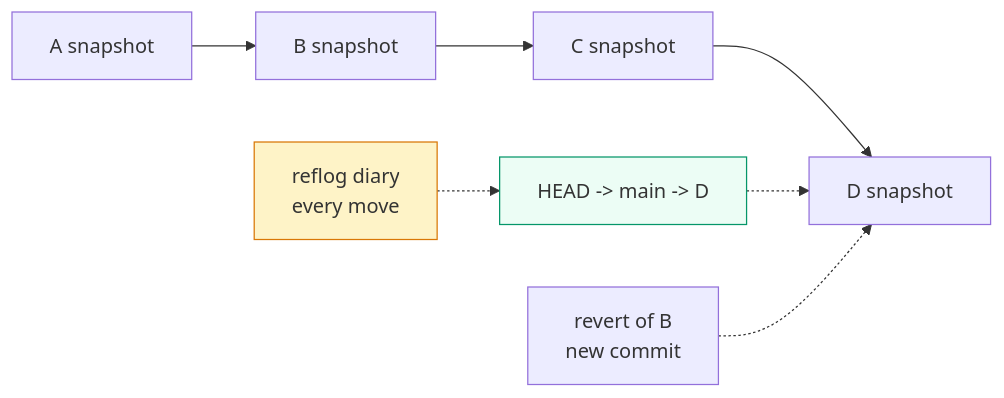
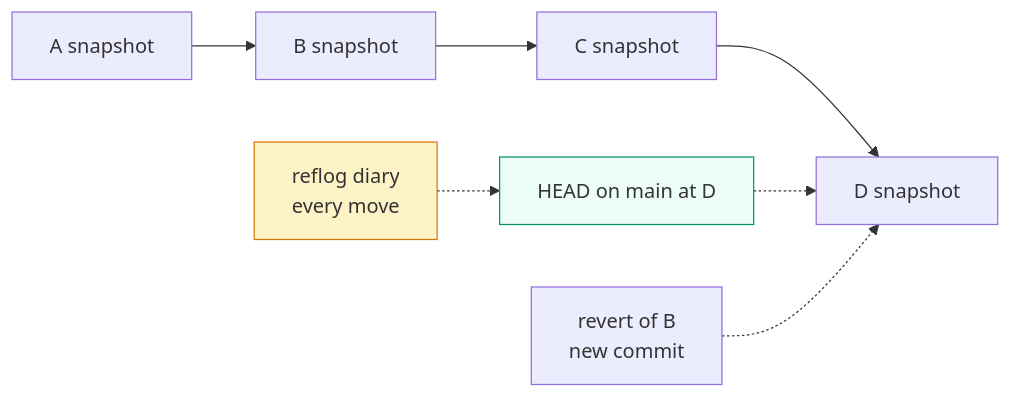
One commit to lakshay-goyal/learning-phase changed the diagram in DevOps/Git/notes/02-Commits-History.md. Above: the diagram before and after it, drawn with Mermaid. The commit also changed other lines of this file and 39 other files, not shown here.

````diff
--- a/DevOps/Git/notes/02-Commits-History.md
+++ b/DevOps/Git/notes/02-Commits-History.md
@@ -82,11 +90,11 @@
 ```mermaid
 flowchart LR
   A[A snapshot] --> B[B snapshot]
   B --> C[C snapshot]
   C --> D[D snapshot]
-  H[HEAD -> main -> D] -.-> D
+  H[HEAD on main at D] -.-> D
   R[reflog diary<br/>every move] -.-> H
   V[revert of B<br/>new commit] -.-> D
   style H fill:#ecfdf5,stroke:#059669
   style R fill:#fef3c7,stroke:#d97706
 ```
````
